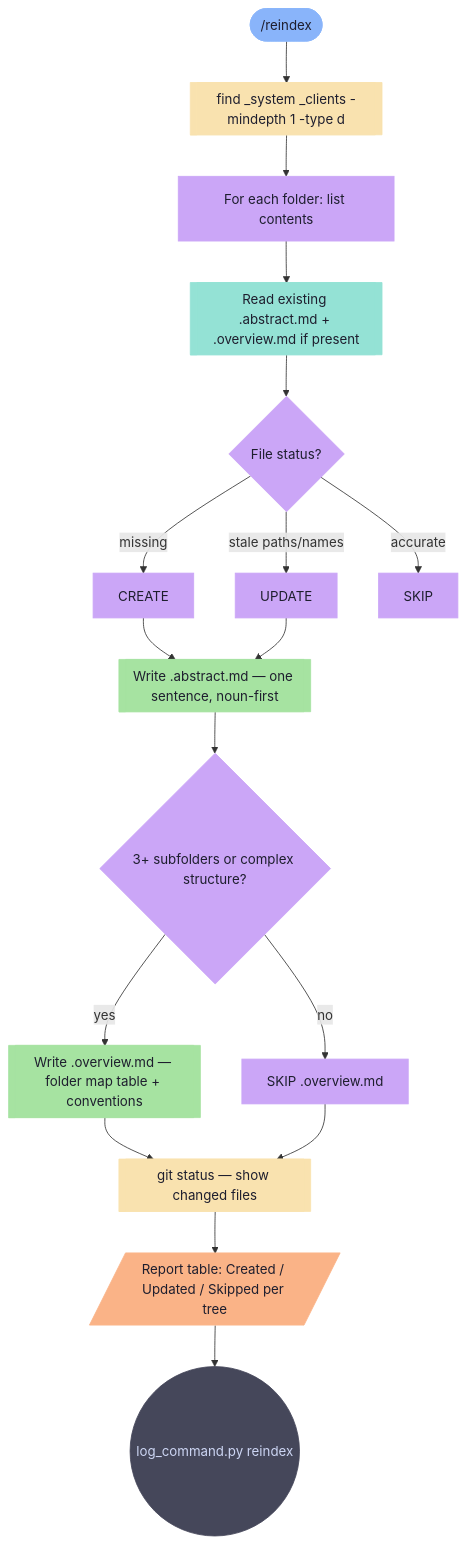
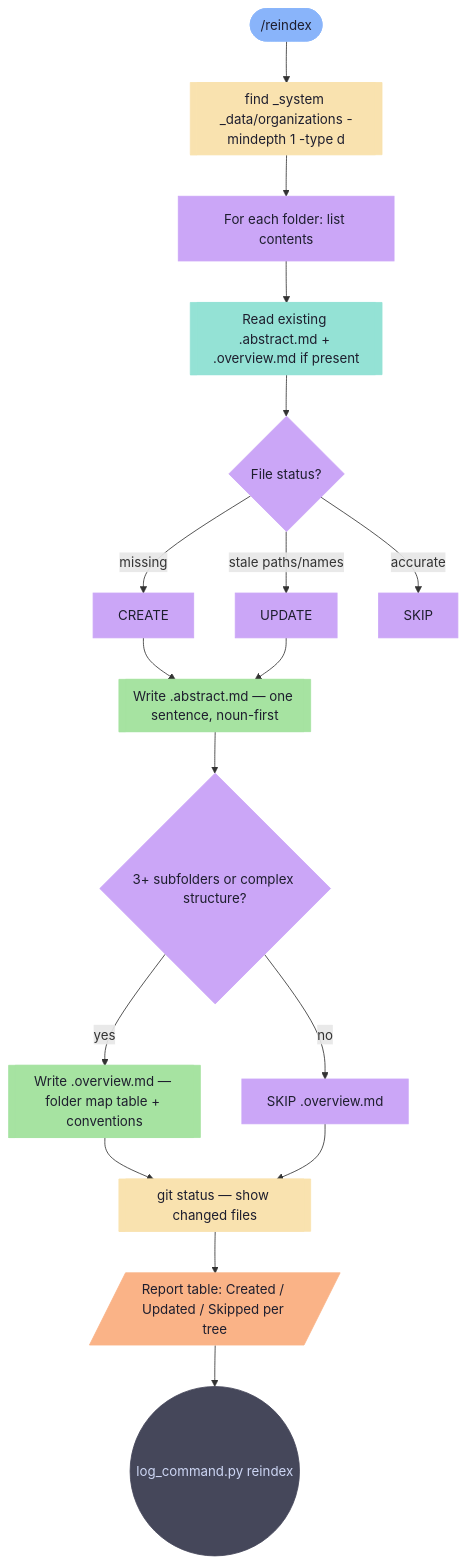
One commit to GuidoAmici/awi-core changed the diagram in _system/agentic-workflow-integrator/workflow-graphs/skills/reindex.md. Above: the diagram before and after it, drawn with Mermaid. The commit also changed 16 other files, not shown here.

````diff
--- a/_system/agentic-workflow-integrator/workflow-graphs/skills/reindex.md
+++ b/_system/agentic-workflow-integrator/workflow-graphs/skills/reindex.md
@@ -18,38 +18,38 @@
 ```mermaid
 graph TD
-    A(["/reindex"]) --> B[["find _system _clients -mindepth 1 -type d"]]
+    A(["/reindex"]) --> B[["find _system _data/organizations -mindepth 1 -type d"]]
     B --> C[For each folder: list contents]
     C --> D[[Read existing .abstract.md + .overview.md if present]]
     D --> E{File status?}
     E -->|missing| F[CREATE]
     E -->|stale paths/names| G[UPDATE]
     E -->|accurate| H[SKIP]
     F --> I[["Write .abstract.md — one sentence, noun-first"]]
     G --> I
     I --> J{3+ subfolders or complex structure?}
     J -->|yes| K[["Write .overview.md — folder map table + conventions"]]
     J -->|no| L[SKIP .overview.md]
     K --> M[[git status — show changed files]]
     L --> M
     M --> N[/Report table: Created / Updated / Skipped per tree/]
     N --> O((log_command.py reindex))
 
     classDef entry  fill:#89b4fa,color:#1e1e2e,stroke:#89b4fa
     classDef ai     fill:#cba6f7,color:#1e1e2e,stroke:#cba6f7
     classDef read   fill:#94e2d5,color:#1e1e2e,stroke:#94e2d5
     classDef write  fill:#a6e3a1,color:#1e1e2e,stroke:#a6e3a1
     classDef shell  fill:#f9e2af,color:#1e1e2e,stroke:#f9e2af
     classDef user   fill:#fab387,color:#1e1e2e,stroke:#fab387
     classDef stop   fill:#f38ba8,color:#1e1e2e,stroke:#f38ba8
     classDef log    fill:#45475a,color:#cdd6f4,stroke:#45475a
 
     class A entry
     class B,M shell
     class C,E,J ai
     class D read
     class F,G,H ai
     class I,K write
     class L ai
     class N user
     class O log
 ```
````
